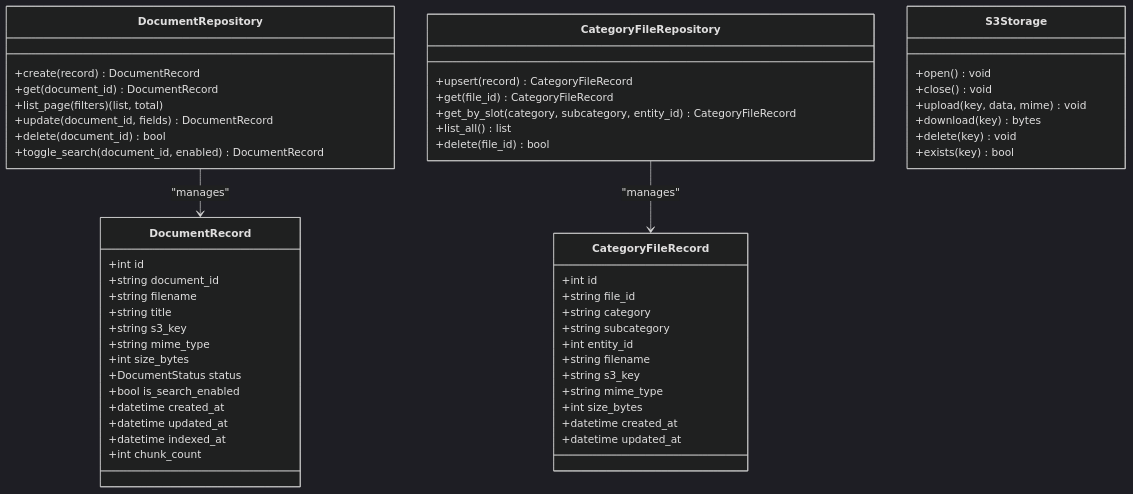
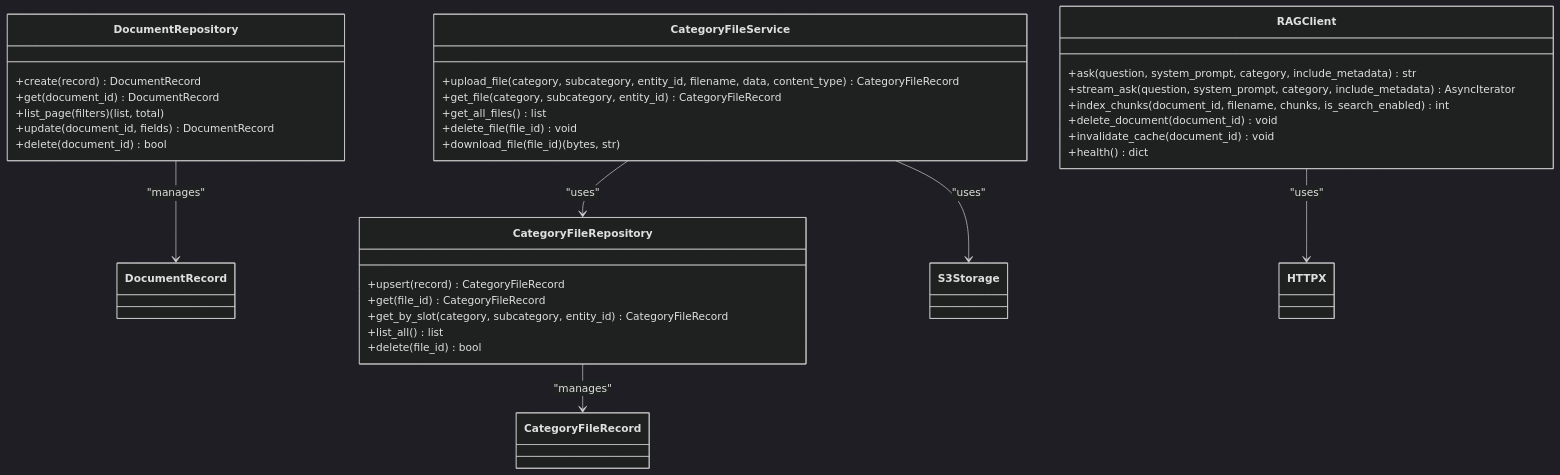
The fifth of 8 diagrams in .qoder/repowiki/en/content/API Reference/Resource Management System.md (ognelis/cafetera_hr_bot), drawn with Mermaid (dark theme) before and after one commit. The commit also changed other lines of this file and 69 other files, not shown here.

````diff
--- a/.qoder/repowiki/en/content/API Reference/Resource Management System.md
+++ b/.qoder/repowiki/en/content/API Reference/Resource Management System.md
@@ -289,56 +246,37 @@
 ```mermaid
 classDiagram
 class DocumentRepository {
 +create(record) DocumentRecord
 +get(document_id) DocumentRecord
 +list_page(filters) (list, total)
 +update(document_id, fields) DocumentRecord
 +delete(document_id) bool
-+toggle_search(document_id, enabled) DocumentRecord
 }
 class CategoryFileRepository {
 +upsert(record) CategoryFileRecord
 +get(file_id) CategoryFileRecord
 +get_by_slot(category, subcategory, entity_id) CategoryFileRecord
 +list_all() list
 +delete(file_id) bool
 }
-class S3Storage {
-+open() void
-+close() void
-+upload(key, data, mime) void
-+download(key) bytes
-+delete(key) void
-+exists(key) bool
+class CategoryFileService {
++upload_file(category, subcategory, entity_id, filename, data, content_type) CategoryFileRecord
++get_file(category, subcategory, entity_id) CategoryFileRecord
++get_all_files() list
++delete_file(file_id) void
++download_file(file_id) (bytes, str)
 }
-class DocumentRecord {
-+int id
-+string document_id
-+string filename
-+string title
-+string s3_key
-+string mime_type
-+int size_bytes
-+DocumentStatus status
-+bool is_search_enabled
-+datetime created_at
-+datetime updated_at
-+datetime indexed_at
-+int chunk_count
-}
-class CategoryFileRecord {
-+int id
-+string file_id
-+string category
-+string subcategory
-+int entity_id
-+string filename
-+string s3_key
-+string mime_type
-+int size_bytes
-+datetime created_at
-+datetime updated_at
+class RAGClient {
++ask(question, system_prompt, category, include_metadata) str
++stream_ask(question, system_prompt, category, include_metadata) AsyncIterator
++index_chunks(document_id, filename, chunks, is_search_enabled) int
++delete_document(document_id) void
++invalidate_cache(document_id) void
++health() dict
 }
 DocumentRepository --> DocumentRecord : "manages"
 CategoryFileRepository --> CategoryFileRecord : "manages"
+CategoryFileService --> CategoryFileRepository : "uses"
+CategoryFileService --> S3Storage : "uses"
+RAGClient --> HTTPX : "uses"
 ```
````
